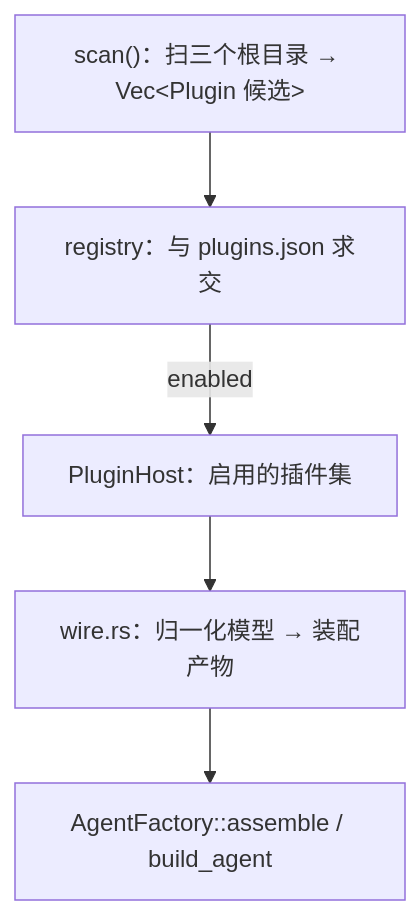
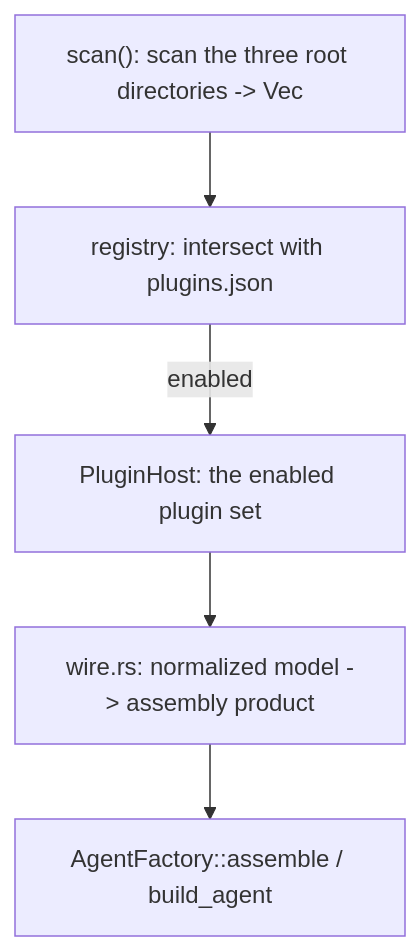
One commit to Seann0824/Shirley changed the diagram in docs/plugin-marketplace-design.md. Above: the diagram before and after it, drawn with Mermaid. The commit also changed other lines of this file and 131 other files, not shown here.

````diff
--- a/docs/plugin-marketplace-design.md
+++ b/docs/plugin-marketplace-design.md
@@ -184,7 +190,7 @@
 ```mermaid
 flowchart TD
-    Scan["scan()：扫三个根目录 → Vec&lt;Plugin 候选&gt;"] --> Reg["registry：与 plugins.json 求交"]
-    Reg -->|enabled| Host["PluginHost：启用的插件集"]
-    Host --> Wire["wire.rs：归一化模型 → 装配产物"]
+    Scan["scan(): scan the three root directories -> Vec<Plugin candidate>"] --> Reg["registry: intersect with plugins.json"]
+    Reg -->|enabled| Host["PluginHost: the enabled plugin set"]
+    Host --> Wire["wire.rs: normalized model -> assembly product"]
     Wire --> Boot["AgentFactory::assemble / build_agent"]
 ```
````
